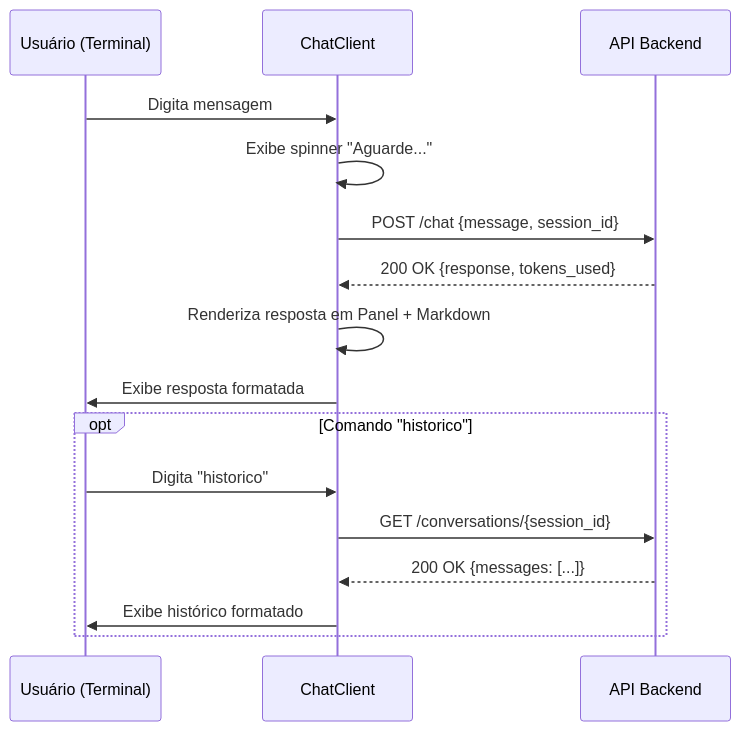
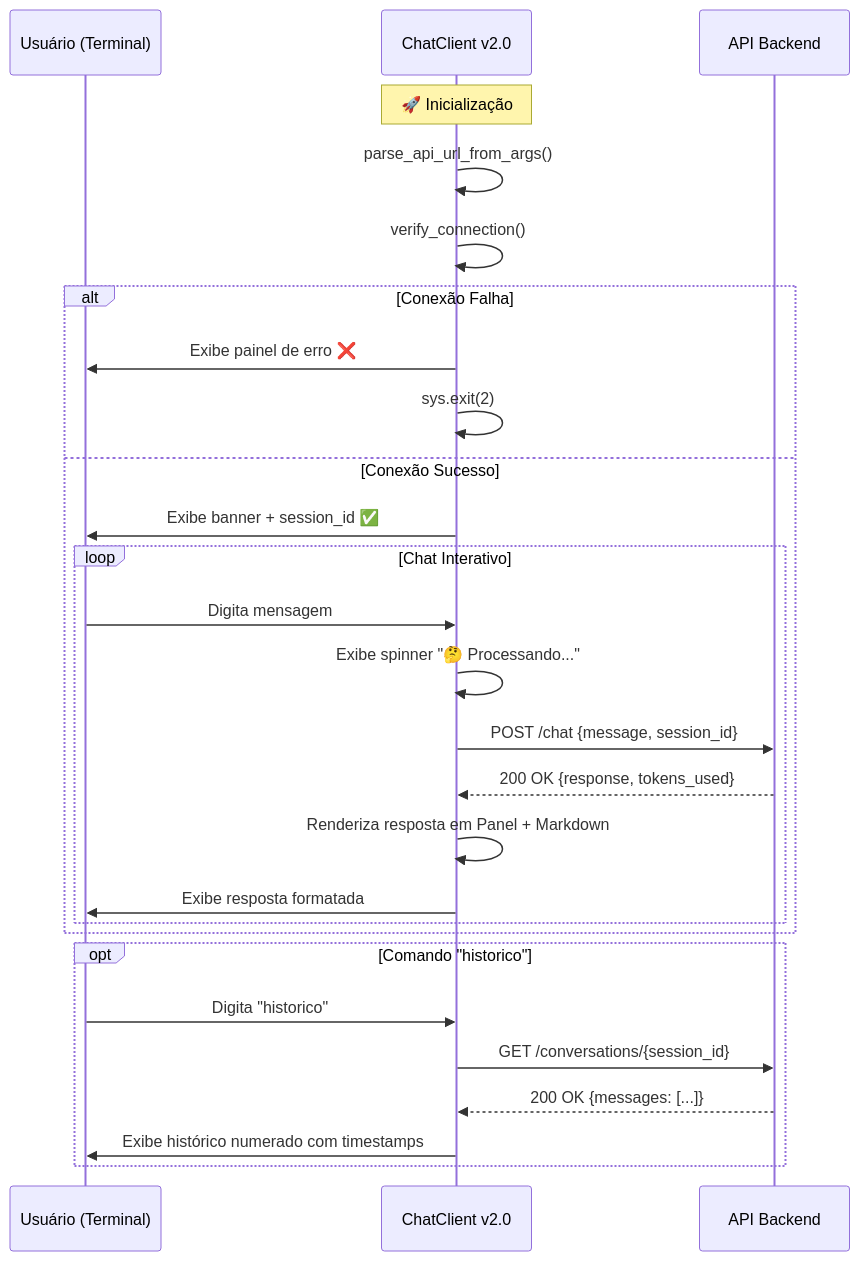
One commit to topicos-computacao-aplicada/chatbot_cli_gemini changed the first of 2 diagrams in client/docs/projeto.md. Above: the diagram before and after it, drawn with Mermaid. The commit also changed other lines of this file and 3 other files, not shown here.

Commit message:
Ajustes na aplicacao client TUI para verificação automática de conexão resiliente, feedback visual com Rich Progress, códigos de saída semânticos e diagnóstico guiado de falhas

````diff
--- a/client/docs/projeto.md
+++ b/client/docs/projeto.md
@@ -462,20 +684,33 @@
 ```mermaid
 sequenceDiagram
     participant U as Usuário (Terminal)
-    participant C as ChatClient
+    participant C as ChatClient v2.0
     participant A as API Backend
     
-    U->>C: Digita mensagem
-    C->>C: Exibe spinner "Aguarde..."
-    C->>A: POST /chat {message, session_id}
-    A-->>C: 200 OK {response, tokens_used}
-    C->>C: Renderiza resposta em Panel + Markdown
-    C->>U: Exibe resposta formatada
+    Note over C: 🚀 Inicialização
+    C->>C: parse_api_url_from_args()
+    C->>C: verify_connection()
+    
+    alt Conexão Falha
+        C->>U: Exibe painel de erro ❌
+        C->>C: sys.exit(2)
+    else Conexão Sucesso
+        C->>U: Exibe banner + session_id ✅
+        
+        loop Chat Interativo
+            U->>C: Digita mensagem
+            C->>C: Exibe spinner "🤔 Processando..."
+            C->>A: POST /chat {message, session_id}
+            A-->>C: 200 OK {response, tokens_used}
+            C->>C: Renderiza resposta em Panel + Markdown
+            C->>U: Exibe resposta formatada
+        end
+    end
     
     opt Comando "historico"
         U->>C: Digita "historico"
         C->>A: GET /conversations/{session_id}
         A-->>C: 200 OK {messages: [...]}
-        C->>U: Exibe histórico formatado
+        C->>U: Exibe histórico numerado com timestamps
     end
 ```
````
